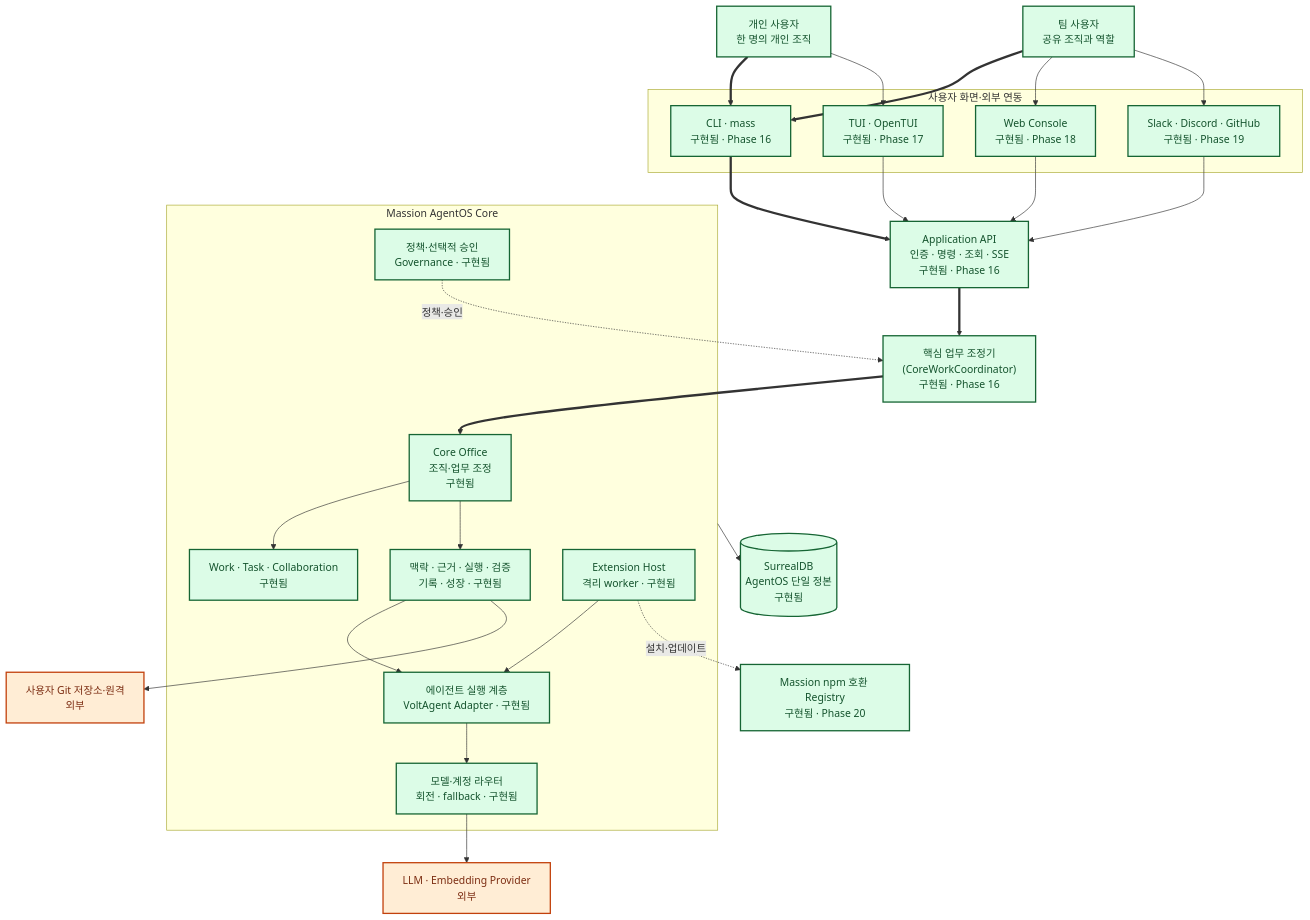
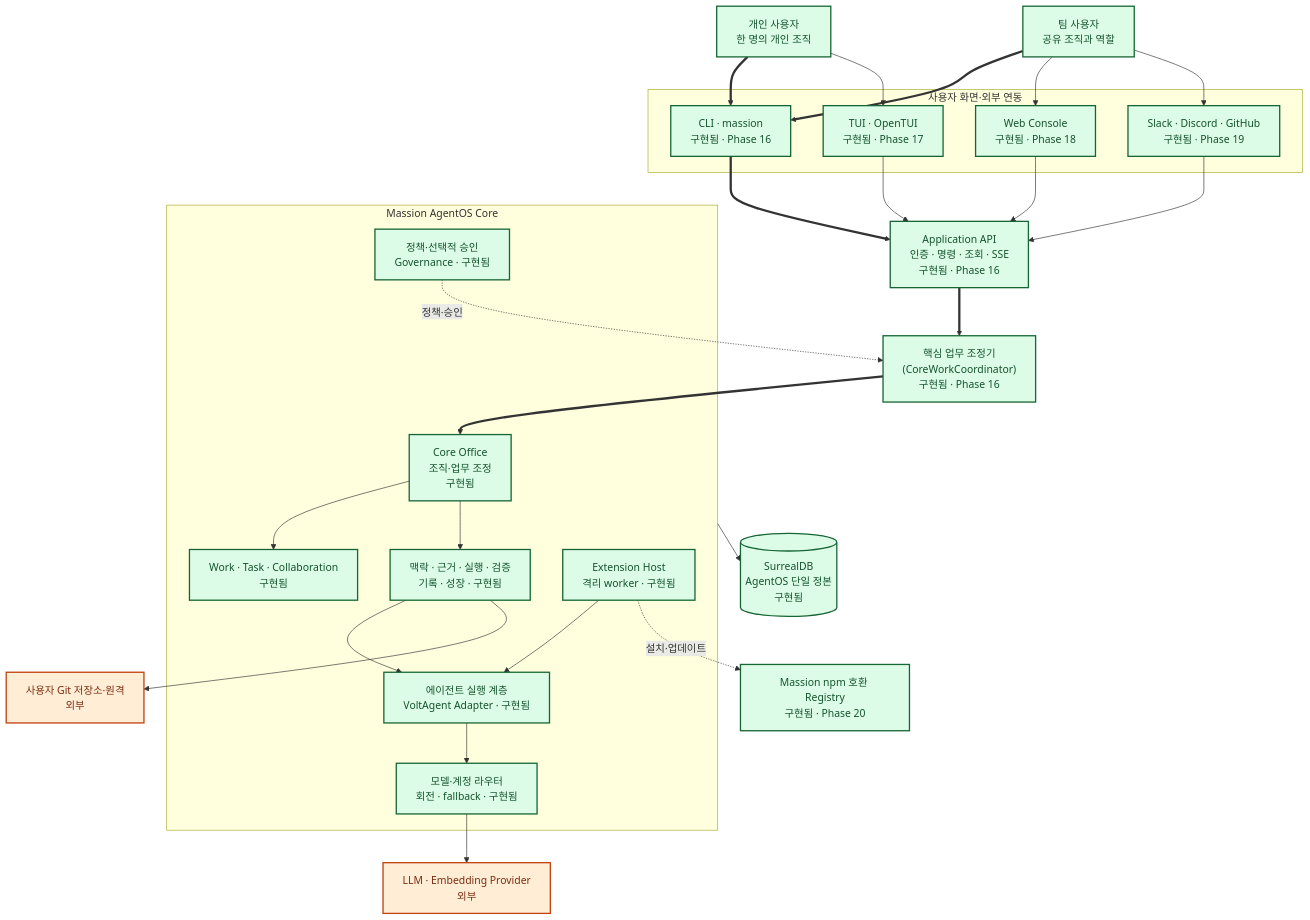
Before and after one commit to jabdori/massion: the first of 11 diagrams in docs/architecture/README.md, drawn with Mermaid. The commit also changed 36 other files, not shown here.

First line of the commit message:
feat(cli): make massion the unified entrypoint

````diff
--- a/docs/architecture/README.md
+++ b/docs/architecture/README.md
@@ -29,57 +29,57 @@
 ```mermaid
 flowchart TB
   classDef implemented fill:#dcfce7,stroke:#166534,color:#14532d,stroke-width:2px;
   classDef implementing fill:#dbeafe,stroke:#1d4ed8,color:#1e3a8a,stroke-width:3px;
   classDef planned fill:#f3f4f6,stroke:#6b7280,color:#374151,stroke-width:1px,stroke-dasharray:5 5;
   classDef external fill:#ffedd5,stroke:#c2410c,color:#7c2d12,stroke-width:2px;
 
   Person["개인 사용자<br/>한 명의 개인 조직"]:::implemented
   Team["팀 사용자<br/>공유 조직과 역할"]:::implemented
 
   subgraph Surfaces["사용자 화면·외부 연동"]
-    CLI["CLI · mass<br/>구현됨 · Phase 16"]:::implemented
+    CLI["CLI · massion<br/>구현됨 · Phase 16"]:::implemented
     TUI["TUI · OpenTUI<br/>구현됨 · Phase 17"]:::implemented
     Web["Web Console<br/>구현됨 · Phase 18"]:::implemented
     Channels["Slack · Discord · GitHub<br/>구현됨 · Phase 19"]:::implemented
   end
 
   API["Application API<br/>인증 · 명령 · 조회 · SSE<br/>구현됨 · Phase 16"]:::implemented
   Coordinator["핵심 업무 조정기<br/>(CoreWorkCoordinator)<br/>구현됨 · Phase 16"]:::implemented
 
   subgraph AgentOS["Massion AgentOS Core"]
     Office["Core Office<br/>조직·업무 조정<br/>구현됨"]:::implemented
     Work["Work · Task · Collaboration<br/>구현됨"]:::implemented
     Governance["정책·선택적 승인<br/>Governance · 구현됨"]:::implemented
     Intelligence["맥락 · 근거 · 실행 · 검증<br/>기록 · 성장 · 구현됨"]:::implemented
     Runtime["에이전트 실행 계층<br/>VoltAgent Adapter · 구현됨"]:::implemented
     Router["모델·계정 라우터<br/>회전 · fallback · 구현됨"]:::implemented
     ExtHost["Extension Host<br/>격리 worker · 구현됨"]:::implemented
   end
 
   DB[("SurrealDB<br/>AgentOS 단일 정본<br/>구현됨")]:::implemented
   Registry["Massion npm 호환 Registry<br/>구현됨 · Phase 20"]:::implemented
   Providers["LLM · Embedding Provider<br/>외부"]:::external
   Git["사용자 Git 저장소·원격<br/>외부"]:::external
 
   Person ==> CLI
   Team ==> CLI
   Person --> TUI
   Team --> Web
   Team --> Channels
   CLI ==> API
   TUI --> API
   Web --> API
   Channels --> API
   API ==> Coordinator
   Coordinator ==> Office
   Office --> Work
   Governance -. "정책·승인" .-> Coordinator
   Office --> Intelligence
   Intelligence --> Runtime
   Runtime --> Router
   ExtHost --> Runtime
   AgentOS --> DB
   Router --> Providers
   ExtHost -. "설치·업데이트" .-> Registry
   Intelligence --> Git
 ```
````
